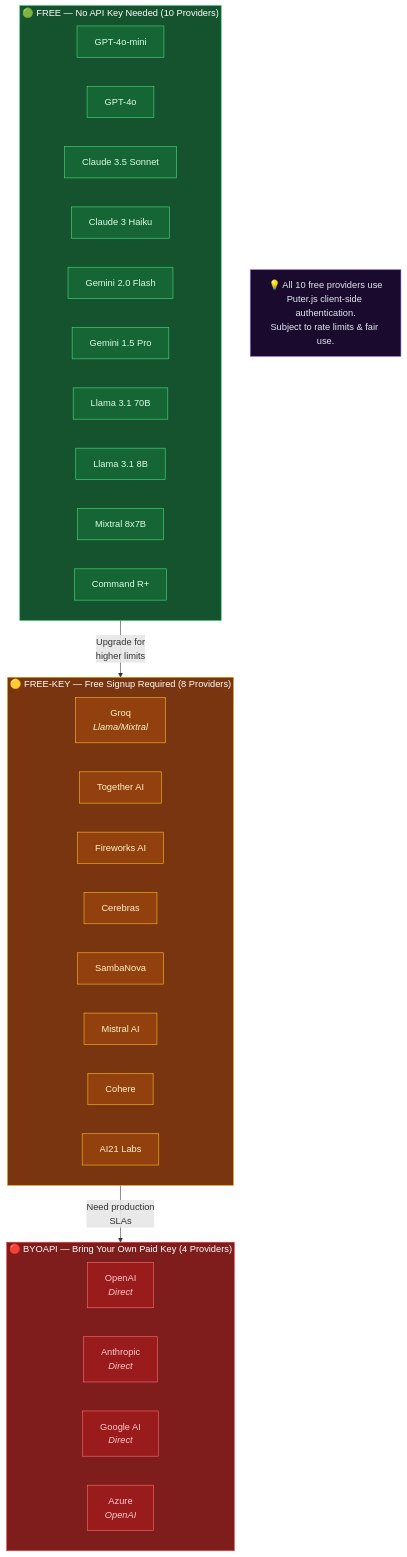
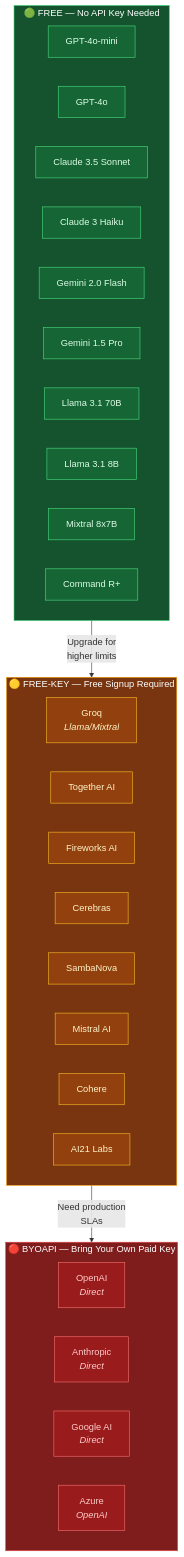
One commit to lllyyysss77/jsputer-proxy changed the fourth of 5 diagrams in README.md. Above: the diagram before and after it, drawn with Mermaid. The commit also changed other lines of this file and 1 other file, not shown here.

Commit message:
🎨 Upgrade: banner image + fixed Mermaid + animations + flow diagrams

````diff
--- a/README.md
+++ b/README.md
@@ -310,68 +265,65 @@
 ```mermaid
 flowchart TB
-    subgraph FREE["🟢 FREE — No API Key Needed (10 Providers)"]
+    subgraph FREE["🟢 FREE — No API Key Needed"]
         direction LR
         F1["GPT-4o-mini"]
         F2["GPT-4o"]
         F3["Claude 3.5 Sonnet"]
         F4["Claude 3 Haiku"]
         F5["Gemini 2.0 Flash"]
         F6["Gemini 1.5 Pro"]
         F7["Llama 3.1 70B"]
         F8["Llama 3.1 8B"]
         F9["Mixtral 8x7B"]
         F10["Command R+"]
     end
 
-    subgraph FREEKEY["🟡 FREE-KEY — Free Signup Required (8 Providers)"]
+    subgraph FREEKEY["🟡 FREE-KEY — Free Signup Required"]
         direction LR
         K1["Groq<br/><i>Llama/Mixtral</i>"]
         K2["Together AI"]
         K3["Fireworks AI"]
         K4["Cerebras"]
         K5["SambaNova"]
         K6["Mistral AI"]
         K7["Cohere"]
         K8["AI21 Labs"]
     end
 
-    subgraph BYOAPI["🔴 BYOAPI — Bring Your Own Paid Key (4 Providers)"]
+    subgraph BYOAPI["🔴 BYOAPI — Bring Your Own Paid Key"]
         direction LR
         B1["OpenAI<br/><i>Direct</i>"]
         B2["Anthropic<br/><i>Direct</i>"]
         B3["Google AI<br/><i>Direct</i>"]
         B4["Azure<br/><i>OpenAI</i>"]
     end
 
     FREE -->|Upgrade for<br/>higher limits| FREEKEY
     FREEKEY -->|Need production<br/>SLAs| BYOAPI
-
-    NOTE["💡 All 10 free providers use<br/>Puter.js client-side authentication.<br/>Subject to rate limits &amp; fair use."]
 
     style FREE fill:#14532d,stroke:#22c55e,color:#fff
     style FREEKEY fill:#78350f,stroke:#f59e0b,color:#fff
     style BYOAPI fill:#7f1d1d,stroke:#ef4444,color:#fff
     style F1 fill:#166534,stroke:#4ade80,color:#dcfce7
     style F2 fill:#166534,stroke:#4ade80,color:#dcfce7
     style F3 fill:#166534,stroke:#4ade80,color:#dcfce7
     style F4 fill:#166534,stroke:#4ade80,color:#dcfce7
     style F5 fill:#166534,stroke:#4ade80,color:#dcfce7
     style F6 fill:#166534,stroke:#4ade80,color:#dcfce7
     style F7 fill:#166534,stroke:#4ade80,color:#dcfce7
     style F8 fill:#166534,stroke:#4ade80,color:#dcfce7
     style F9 fill:#166534,stroke:#4ade80,color:#dcfce7
     style F10 fill:#166534,stroke:#4ade80,color:#dcfce7
     style K1 fill:#92400e,stroke:#fbbf24,color:#fef3c7
     style K2 fill:#92400e,stroke:#fbbf24,color:#fef3c7
     style K3 fill:#92400e,stroke:#fbbf24,color:#fef3c7
     style K4 fill:#92400e,stroke:#fbbf24,color:#fef3c7
     style K5 fill:#92400e,stroke:#fbbf24,color:#fef3c7
     style K6 fill:#92400e,stroke:#fbbf24,color:#fef3c7
     style K7 fill:#92400e,stroke:#fbbf24,color:#fef3c7
     style K8 fill:#92400e,stroke:#fbbf24,color:#fef3c7
     style B1 fill:#991b1b,stroke:#f87171,color:#fecaca
     style B2 fill:#991b1b,stroke:#f87171,color:#fecaca
     style B3 fill:#991b1b,stroke:#f87171,color:#fecaca
     style B4 fill:#991b1b,stroke:#f87171,color:#fecaca
-    style NOTE fill:#1a0a2e,stroke:#a78bfa,color:#e2e8f0
 ```
````
